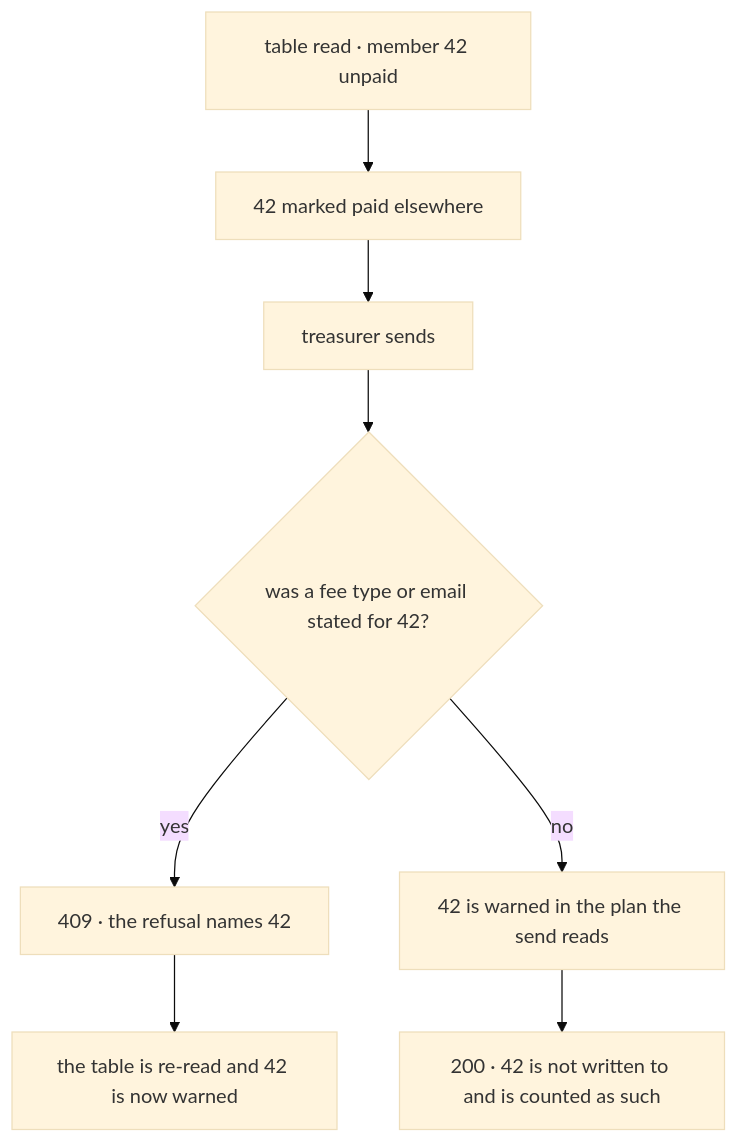
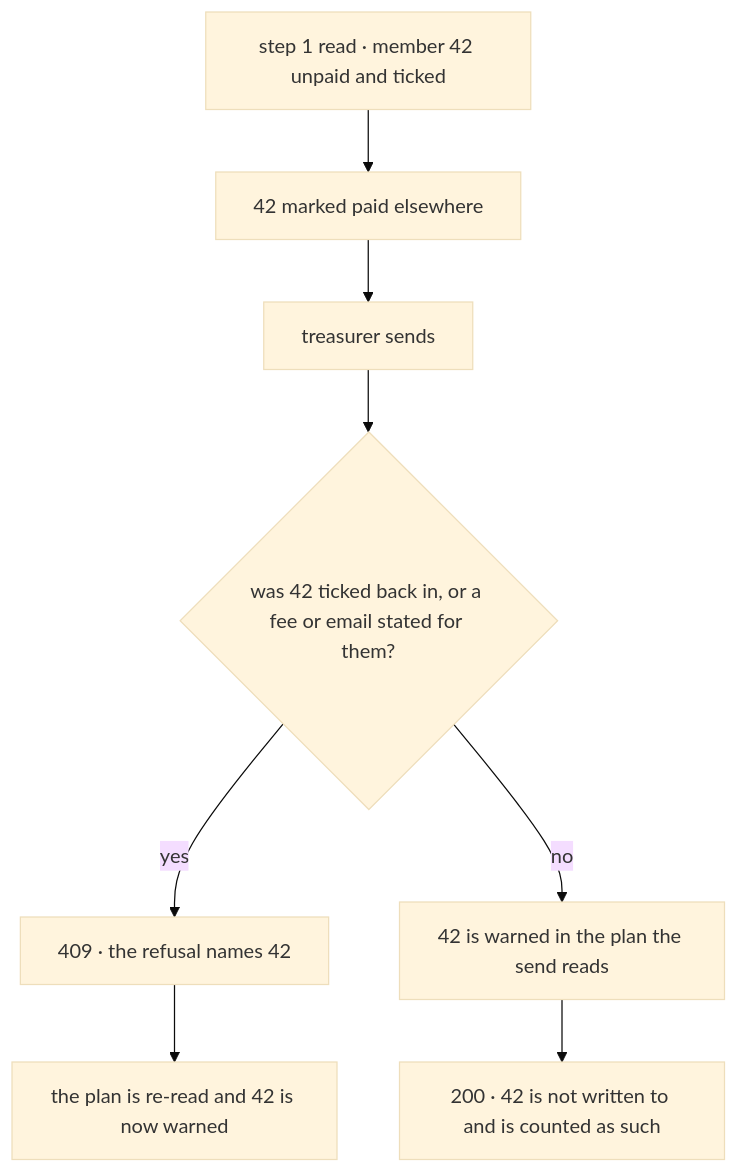
The third of 3 diagrams in docs/flows/payment-emails/README.md (ESA-Blueshell/website), drawn with Mermaid (base theme) before and after one commit. The commit also changed other lines of this file and 1 other file, not shown here.

````diff
--- a/docs/flows/payment-emails/README.md
+++ b/docs/flows/payment-emails/README.md
@@ -140,10 +179,10 @@
 ```mermaid
 flowchart TD
-    A[table read · member 42 unpaid] --> B[42 marked paid elsewhere]
+    A[step 1 read · member 42 unpaid and ticked] --> B[42 marked paid elsewhere]
     B --> C[treasurer sends]
-    C --> D{was a fee type or email stated for 42?}
+    C --> D{was 42 ticked back in, or a fee or email stated for them?}
     D -- yes --> E[409 · the refusal names 42]
-    E --> F[the table is re-read and 42 is now warned]
+    E --> F[the plan is re-read and 42 is now warned]
     D -- no --> G[42 is warned in the plan the send reads]
     G --> H[200 · 42 is not written to and is counted as such]
 ```
````
